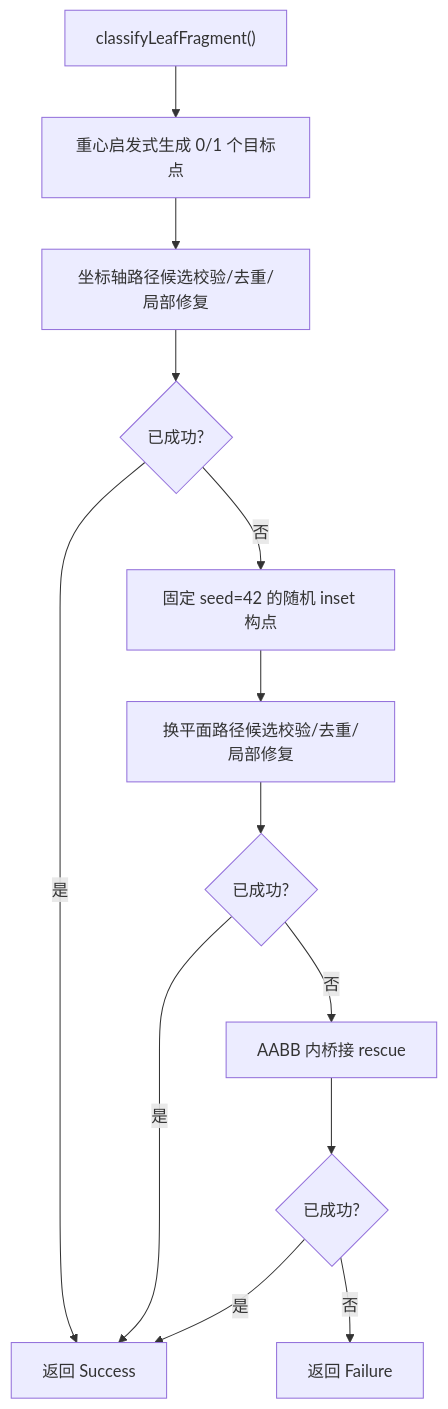
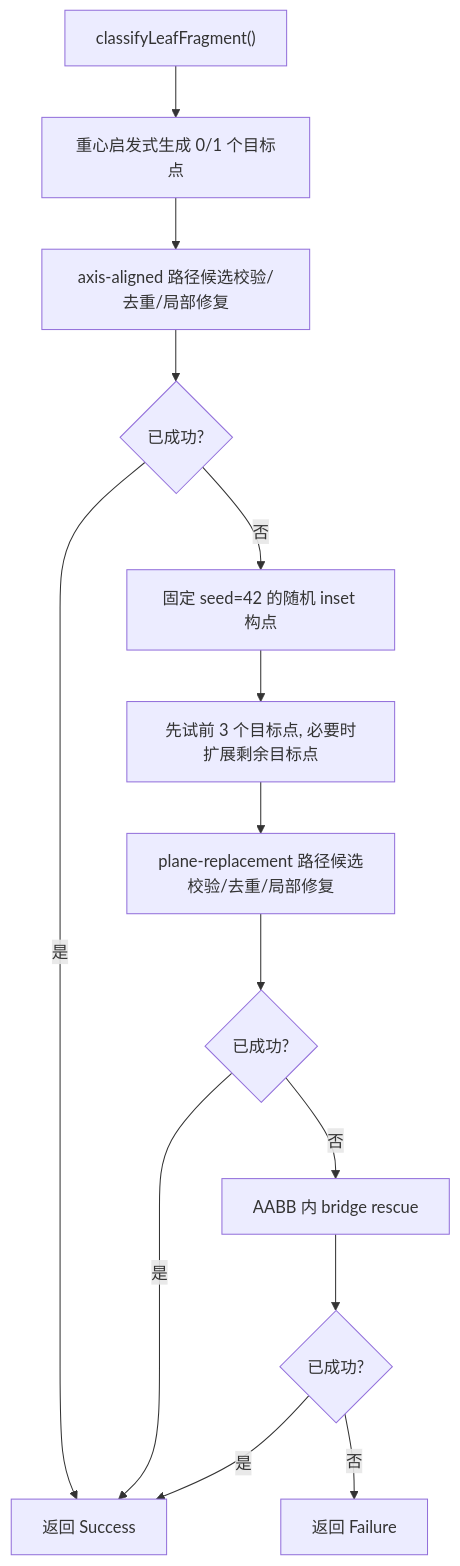
Before and after one commit to SDU-YueQiu/re-EMBER: the tenth of 11 diagrams in docs/core-logic-flow.md, drawn with Mermaid. The commit also changed other lines of this file, not shown here.

````diff
--- a/docs/core-logic-flow.md
+++ b/docs/core-logic-flow.md
@@ -314,15 +320,16 @@
 ```mermaid
 flowchart TD
     A["classifyLeafFragment()"] --> B["重心启发式生成 0/1 个目标点"]
-    B --> C["坐标轴路径候选校验/去重/局部修复"]
+    B --> C["axis-aligned 路径候选校验/去重/局部修复"]
     C --> D{"已成功?"}
     D -->|是| E["返回 Success"]
     D -->|否| F["固定 seed=42 的随机 inset 构点"]
-    F --> G["换平面路径候选校验/去重/局部修复"]
-    G --> H{"已成功?"}
-    H -->|是| E
-    H -->|否| I["AABB 内桥接 rescue"]
-    I --> K{"已成功?"}
+    F --> G["先试前 3 个目标点, 必要时扩展剩余目标点"]
+    G --> H["plane-replacement 路径候选校验/去重/局部修复"]
+    H --> I{"已成功?"}
+    I -->|是| E
+    I -->|否| J["AABB 内 bridge rescue"]
+    J --> K{"已成功?"}
     K -->|是| E
-    K -->|否| J["返回 Failure"]
+    K -->|否| L["返回 Failure"]
 ```
````
